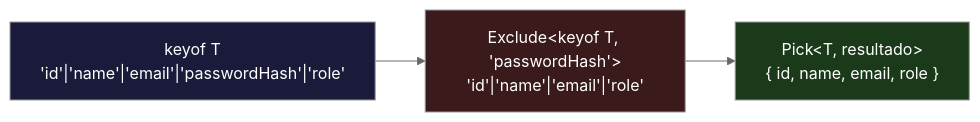
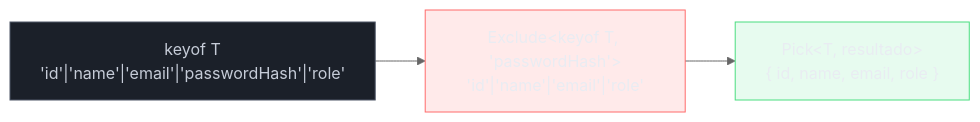
One commit to josenaldo/codex-technomanticus changed the fourth of 6 diagrams in 03-Dominios/Tecnologia/TypeScript/18 - Utility types - e como reconstruí-los.md. Above: the diagram before and after it, drawn with Mermaid (neutral theme). The commit also changed other lines of this file and 1181 other files, not shown here.

First line of the commit message:
fix(diagramas): paleta do sistema no lugar de cor cravada no markdown

````diff
--- a/03-Dominios/Tecnologia/TypeScript/18 - Utility types - e como reconstruí-los.md
+++ b/03-Dominios/Tecnologia/TypeScript/18 - Utility types - e como reconstruí-los.md
@@ -500,12 +505,15 @@
 ```mermaid
 flowchart LR
+    classDef neutro fill:#1B2029,stroke:#4E5666,color:#C6CCD8
+    classDef falha fill:#FF6B6B24,stroke:#FF6B6B,color:#E9ECF2
+    classDef ok fill:#4ADE8021,stroke:#4ADE80,color:#E9ECF2
     K["keyof T\n'id'|'name'|'email'|'passwordHash'|'role'"]
     EX["Exclude&lt;keyof T, 'passwordHash'&gt;\n'id'|'name'|'email'|'role'"]
     PK["Pick&lt;T, resultado&gt;\n{ id, name, email, role }"]
 
     K --> EX --> PK
 
-    style K fill:#1a1a3a,color:#fff
-    style EX fill:#3a1a1a,color:#fff
-    style PK fill:#1a3a1a,color:#fff
+    class K neutro
+    class EX falha
+    class PK ok
 ```
````
